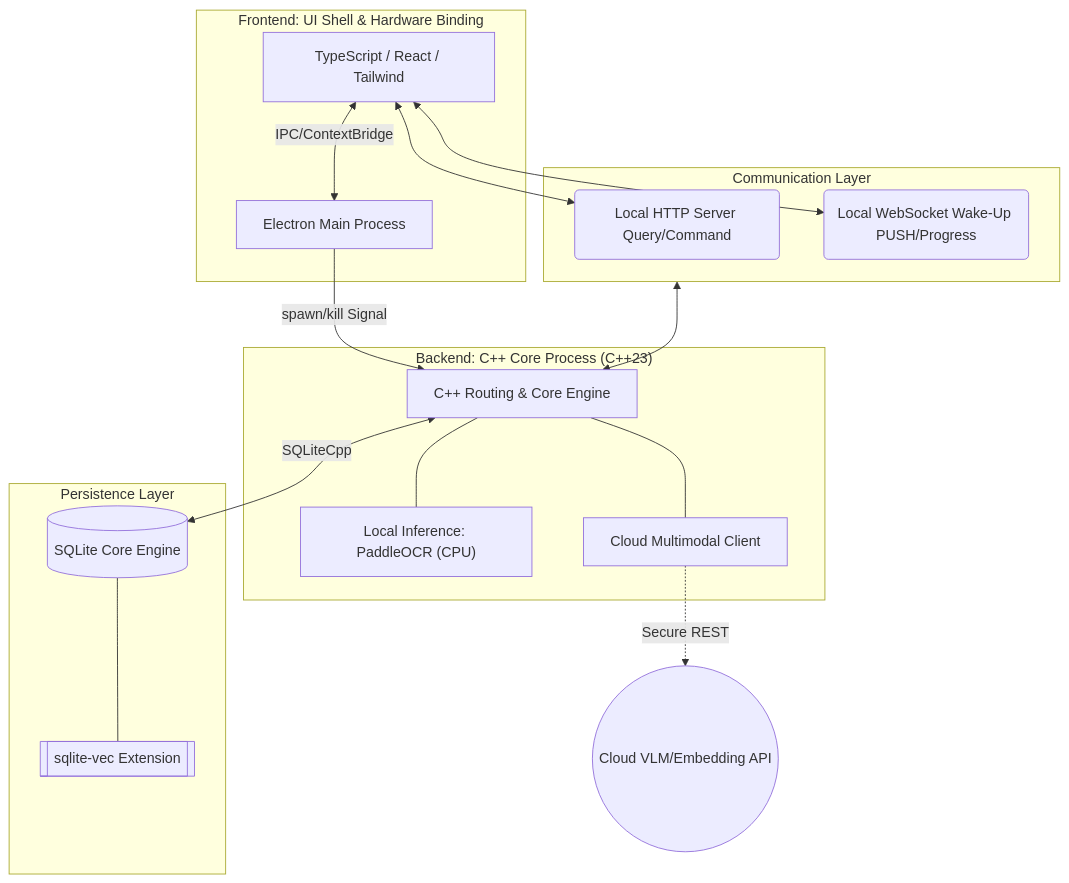
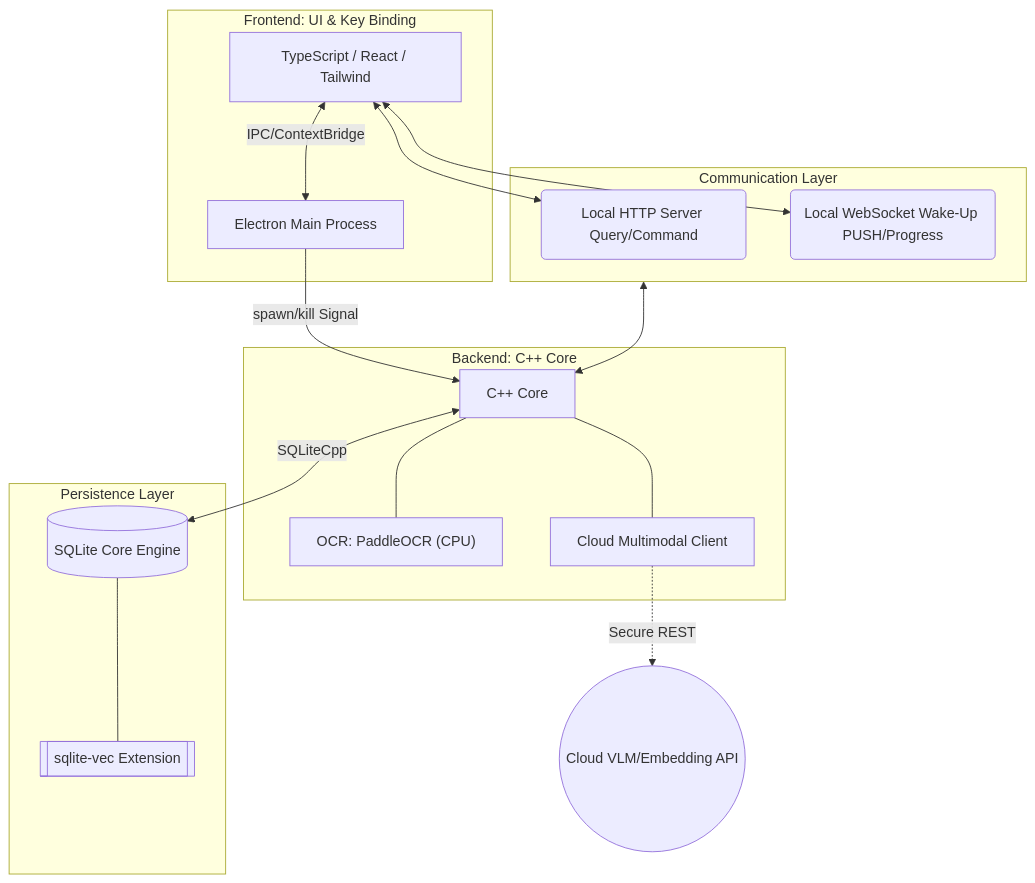
The diagram in docs/TechStack.md (MintITes/QuickMemes), drawn with Mermaid before and after one commit. The commit also changed other lines of this file, not shown here.

Commit message:
text(Clarify) : Clarified the semantics (TechStack.md)

````diff
--- a/docs/TechStack.md
+++ b/docs/TechStack.md
@@ -26,45 +26,45 @@
 ```mermaid
 graph TD
     %% 前置宿主栈
-    subgraph Host_Layer [Frontend: UI Shell & Hardware Binding]
+    subgraph Host_Layer [Frontend: UI & Key Binding]
         REACT[TypeScript / React / Tailwind]
         ELECTRON_MAIN[Electron Main Process]
         REACT <-->|IPC/ContextBridge| ELECTRON_MAIN
     end
 
     %% 跨进程异步通信总线
     subgraph IPC_Bus_Layer [Communication Layer]
         HTTP(Local HTTP Server Query/Command)
         WSS(Local WebSocket Wake-Up PUSH/Progress)
     end
 
     %% 系统控制干预线
     ELECTRON_MAIN -->|spawn/kill Signal| CPP_CORE
     REACT <--> HTTP
     REACT <--> WSS
 
     %% 高并发 C++ 计算中枢
-    subgraph Logic_Layer ["Backend: C++ Core Process (C++23)"]
-        CPP_CORE[C++ Routing & Core Engine]
-        OCR_INFER["Local Inference: PaddleOCR (CPU)"]
+    subgraph Logic_Layer ["Backend: C++ Core"]
+        CPP_CORE[C++ Core]
+        OCR_INFER["OCR: PaddleOCR (CPU)"]
         AI_GATEWAY[Cloud Multimodal Client]
         
         CPP_CORE --- OCR_INFER
         CPP_CORE --- AI_GATEWAY
     end
 
     %% 云原生调用
     EXT_CLOUD((Cloud VLM/Embedding API))
     AI_GATEWAY -.->|Secure REST| EXT_CLOUD
 
     %% 持久化表单阵列
     subgraph Persistence_Layer [Persistence Layer]
         SQLITE_DB[(SQLite Core Engine)]
         VEC_EXT[[sqlite-vec Extension]]
         SQLITE_DB --- VEC_EXT
     end
 
     CPP_CORE <-->|SQLiteCpp| SQLITE_DB
     
     IPC_Bus_Layer <--> CPP_CORE
 ```
````
